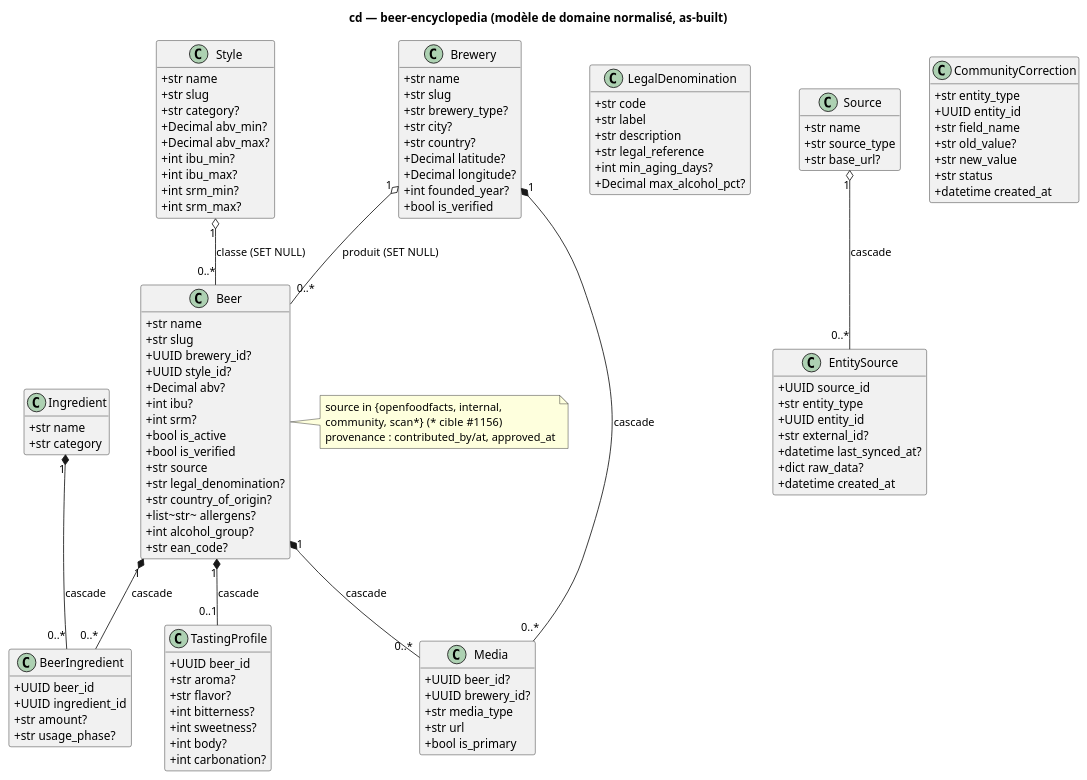
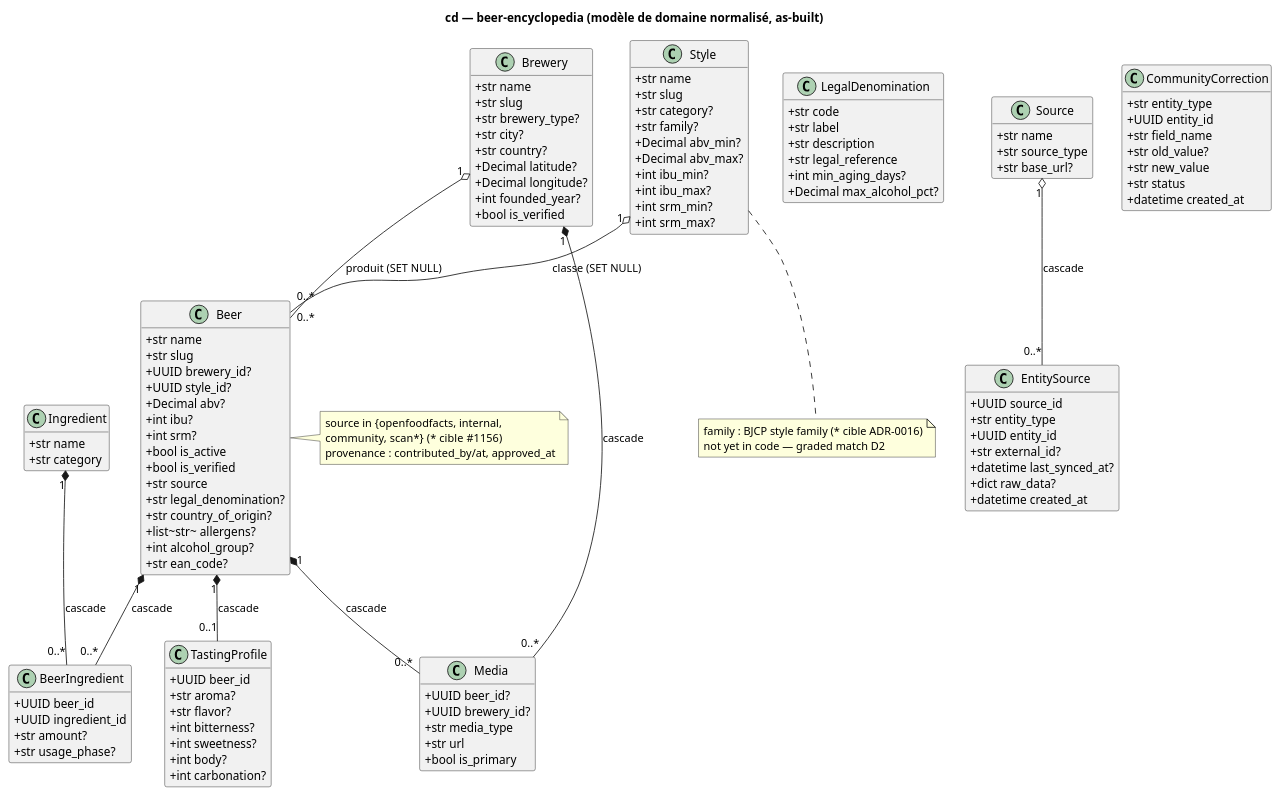
One commit to benoit-bremaud/brasse-bouillon changed the second of 2 diagrams in docs/architecture/diagrams/beer-encyclopedia/04-class.md. Above: the diagram before and after it, drawn with PlantUML. The commit also changed other lines of this file and 3 other files, not shown here.

First line of the commit message:
docs(architecture): ADR-0016 — recipe-matching v2 (weighted criteria + completeness + BJCP families) (#1199)

```diff
--- a/docs/architecture/diagrams/beer-encyclopedia/04-class.md
+++ b/docs/architecture/diagrams/beer-encyclopedia/04-class.md
@@ -176,6 +177,7 @@
   +str name
   +str slug
   +str category?
+  +str family?
   +Decimal abv_min?
   +Decimal abv_max?
   +int ibu_min?
@@ -183,6 +185,10 @@
   +int srm_min?
   +int srm_max?
 }
+note bottom of Style
+  family : BJCP style family (* cible ADR-0016)
+  not yet in code — graded match D2
+end note
 class Ingredient {
   +str name
   +str category
```
